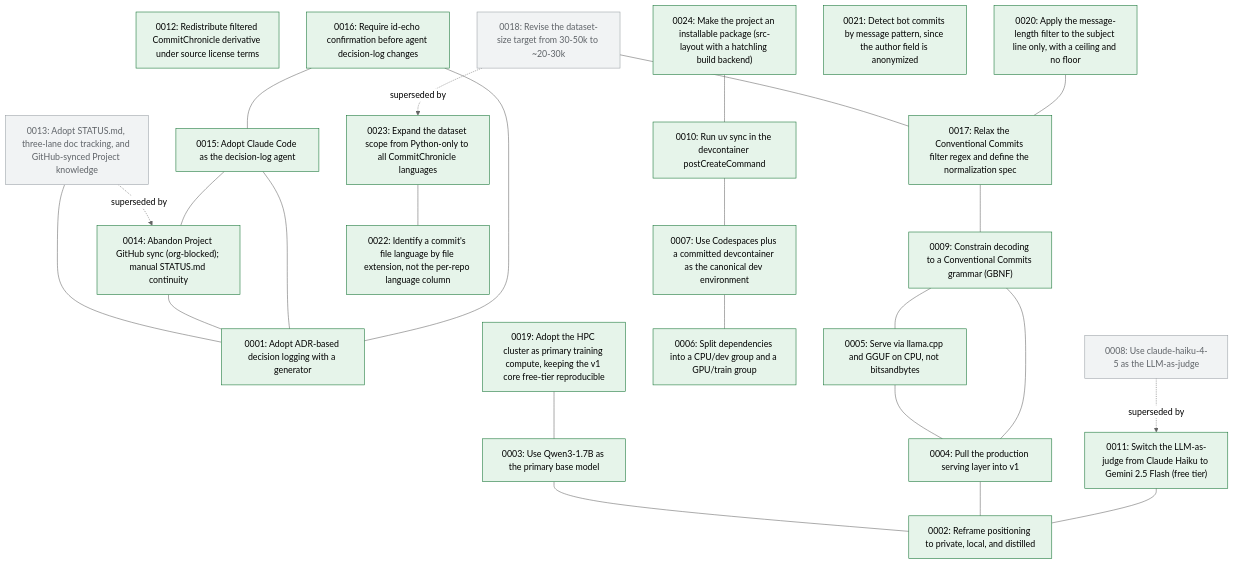
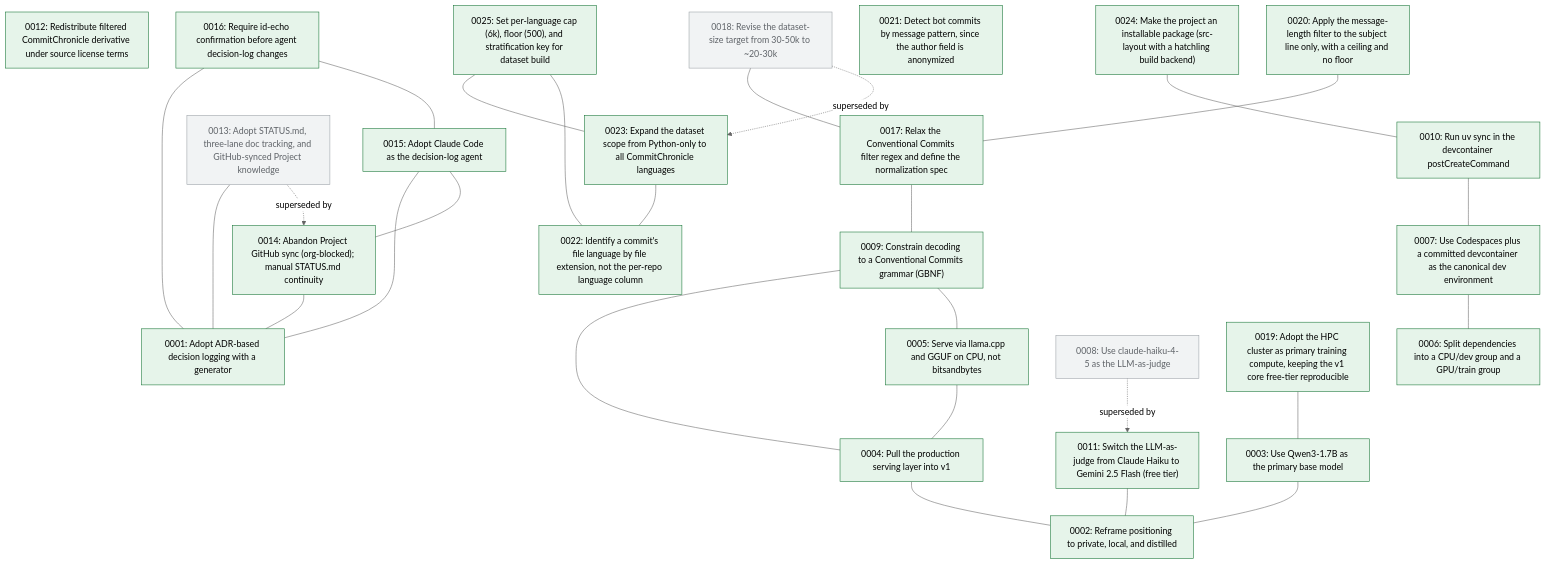
One commit to marzoukbaig14/Committed changed the diagram in docs/decision-tree.md. Above: the diagram before and after it, drawn with Mermaid (neutral theme). The commit also changed 3 other files, not shown here.

Commit message:
docs: log ADR 0025 and update MASTER (per-language cap/floor/stratification)

````diff
--- a/docs/decision-tree.md
+++ b/docs/decision-tree.md
@@ -5,54 +5,57 @@
 ```mermaid
 graph TD
   n0001["0001: Adopt ADR-based decision logging with a generator"]:::accepted
   n0002["0002: Reframe positioning to private, local, and distilled"]:::accepted
   n0003["0003: Use Qwen3-1.7B as the primary base model"]:::accepted
   n0004["0004: Pull the production serving layer into v1"]:::accepted
   n0005["0005: Serve via llama.cpp and GGUF on CPU, not bitsandbytes"]:::accepted
   n0006["0006: Split dependencies into a CPU/dev group and a GPU/train group"]:::accepted
   n0007["0007: Use Codespaces plus a committed devcontainer as the canonical dev environment"]:::accepted
   n0008["0008: Use claude-haiku-4-5 as the LLM-as-judge"]:::superseded
   n0009["0009: Constrain decoding to a Conventional Commits grammar (GBNF)"]:::accepted
   n0010["0010: Run uv sync in the devcontainer postCreateCommand"]:::accepted
   n0011["0011: Switch the LLM-as-judge from Claude Haiku to Gemini 2.5 Flash (free tier)"]:::accepted
   n0012["0012: Redistribute filtered CommitChronicle derivative under source license terms"]:::accepted
   n0013["0013: Adopt STATUS.md, three-lane doc tracking, and GitHub-synced Project knowledge"]:::superseded
   n0014["0014: Abandon Project GitHub sync (org-blocked); manual STATUS.md continuity"]:::accepted
   n0015["0015: Adopt Claude Code as the decision-log agent"]:::accepted
   n0016["0016: Require id-echo confirmation before agent decision-log changes"]:::accepted
   n0017["0017: Relax the Conventional Commits filter regex and define the normalization spec"]:::accepted
   n0018["0018: Revise the dataset-size target from 30-50k to ~20-30k"]:::superseded
   n0019["0019: Adopt the HPC cluster as primary training compute, keeping the v1 core free-tier reproducible"]:::accepted
   n0020["0020: Apply the message-length filter to the subject line only, with a ceiling and no floor"]:::accepted
   n0021["0021: Detect bot commits by message pattern, since the author field is anonymized"]:::accepted
   n0022["0022: Identify a commit's file language by file extension, not the per-repo language column"]:::accepted
   n0023["0023: Expand the dataset scope from Python-only to all CommitChronicle languages"]:::accepted
   n0024["0024: Make the project an installable package (src-layout with a hatchling build backend)"]:::accepted
+  n0025["0025: Set per-language cap (6k), floor (500), and stratification key for dataset build"]:::accepted
   n0003 --- n0002
   n0004 --- n0002
   n0005 --- n0004
   n0007 --- n0006
   n0009 --- n0004
   n0009 --- n0005
   n0010 --- n0007
   n0008 -. superseded by .-> n0011
   n0011 --- n0002
   n0013 --- n0001
   n0013 -. superseded by .-> n0014
   n0014 --- n0001
   n0015 --- n0001
   n0015 --- n0014
   n0016 --- n0001
   n0016 --- n0015
   n0017 --- n0009
   n0018 --- n0017
   n0019 --- n0003
   n0020 --- n0017
   n0018 -. superseded by .-> n0023
   n0023 --- n0022
   n0024 --- n0010
+  n0025 --- n0023
+  n0025 --- n0022
   classDef proposed fill:#fff7e6,stroke:#d4a017;
   classDef accepted fill:#e6f4ea,stroke:#137333;
   classDef superseded fill:#f1f3f4,stroke:#9aa0a6,color:#5f6368;
   classDef deprecated fill:#fce8e6,stroke:#c5221f,color:#5f6368;
 ```
````
